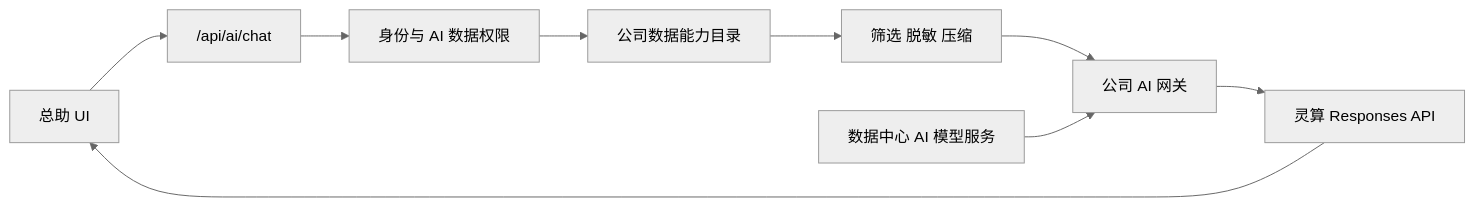
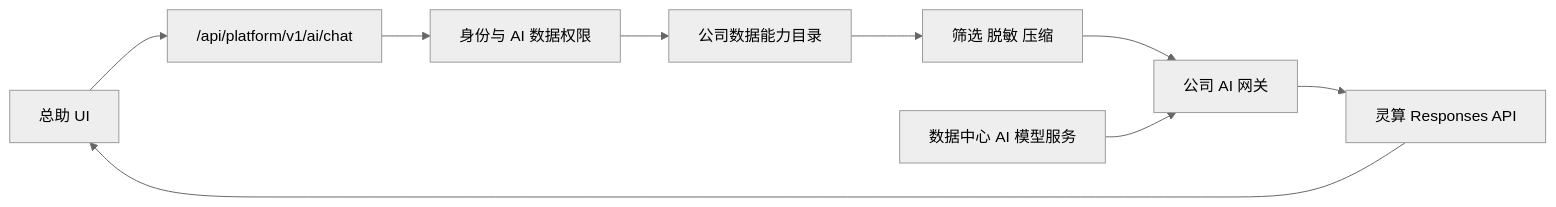
One commit to 489688547/product-flow-system changed the diagram in docs/features/company-ai-assistant/design.md. Above: the diagram before and after it, drawn with Mermaid (neutral theme). The commit also changed other lines of this file and 18 other files, not shown here.

````diff
--- a/docs/features/company-ai-assistant/design.md
+++ b/docs/features/company-ai-assistant/design.md
@@ -129,11 +129,11 @@
 ```mermaid
 flowchart LR
-  Browser["总助 UI"] --> Api["/api/ai/chat"]
+  Browser["总助 UI"] --> Api["/api/platform/v1/ai/chat"]
   Api --> Auth["身份与 AI 数据权限"]
   Auth --> Catalog["公司数据能力目录"]
   Catalog --> Context["筛选 脱敏 压缩"]
   Context --> Gateway["公司 AI 网关"]
   Gateway --> Provider["灵算 Responses API"]
   Provider --> Browser
   DataCenter["数据中心 AI 模型服务"] --> Gateway
 ```
````
